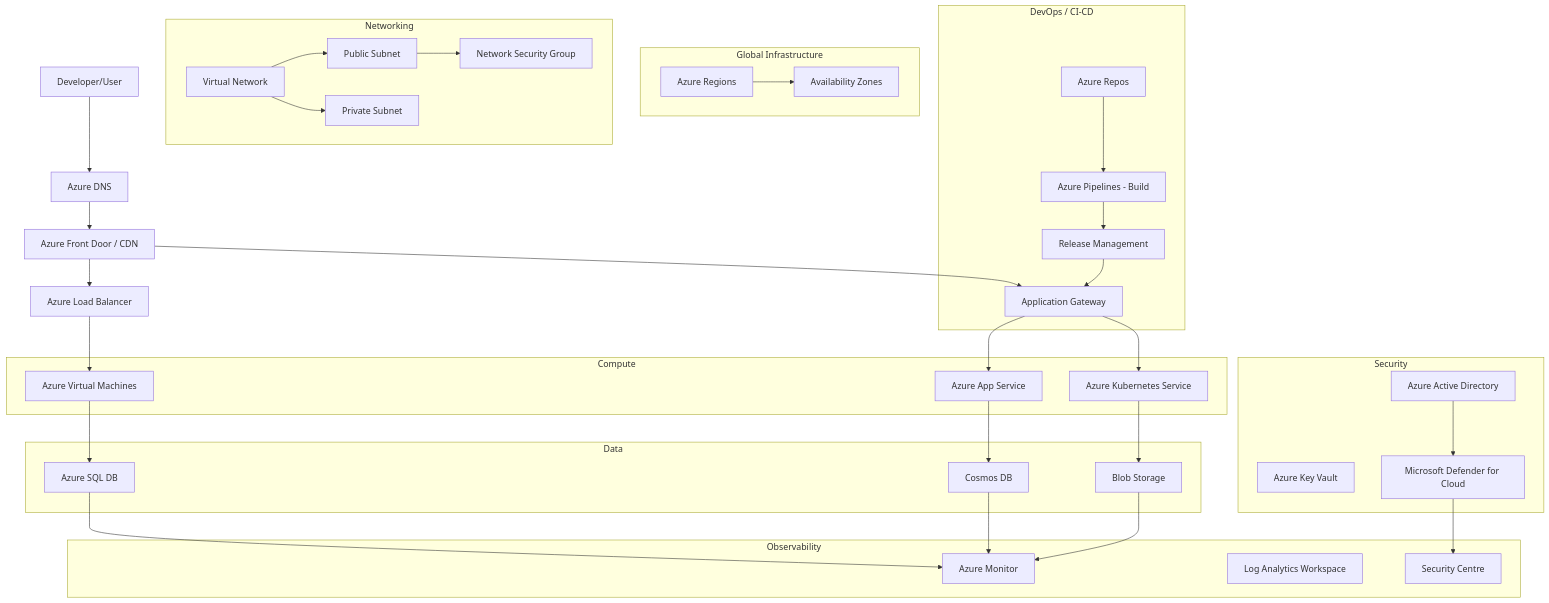
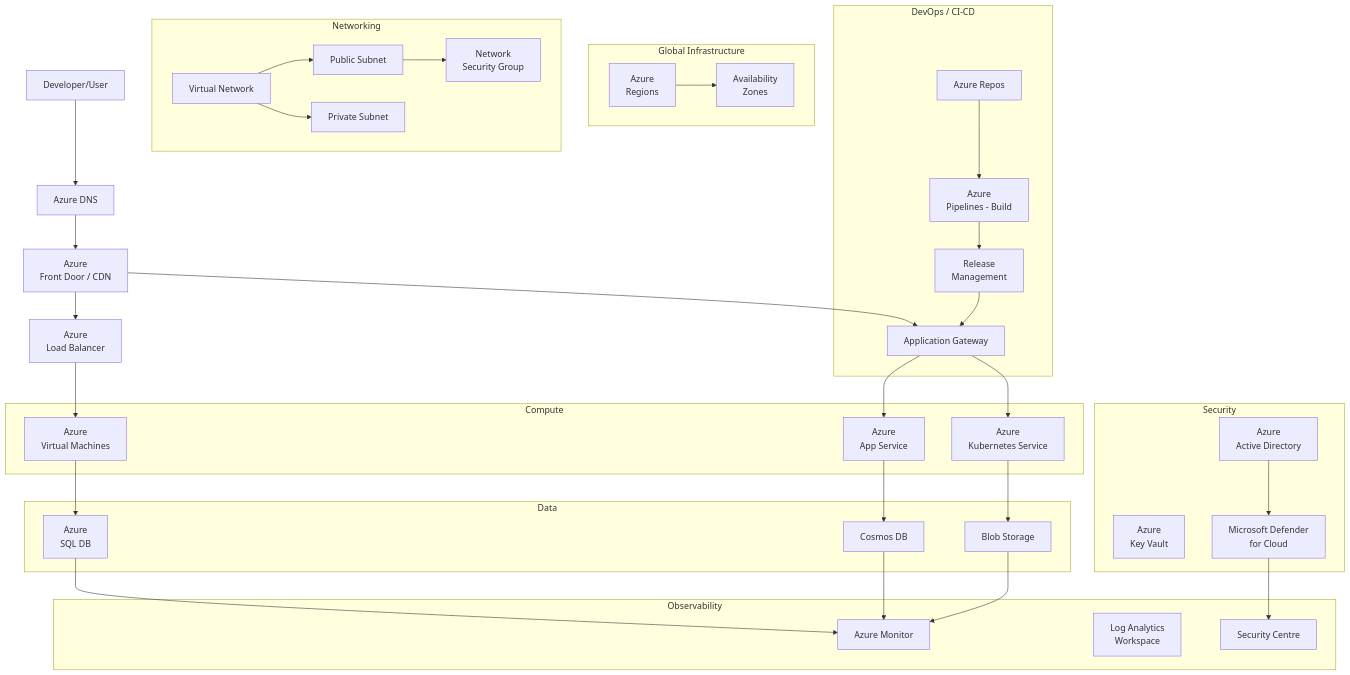
One commit to cassmastern/lers-sandbox changed the third of 3 diagrams in docs/sec_cloud/aws-gcp-azure.md. Above: the diagram before and after it, drawn with Mermaid. The commit also changed 4 other files, not shown here.

Commit message:
Refactored aws-gcp-azure diagram; fixed a few typos

````diff
--- a/docs/sec_cloud/aws-gcp-azure.md
+++ b/docs/sec_cloud/aws-gcp-azure.md
@@ -216,70 +216,70 @@
 ```mermaid
 graph TD
     accTitle: Azure architecture diagram
     accDescr: Azure architecture diagram with global regions and availability zones. User connects via Azure DNS and Front Door CDN to Azure Load Balancer and Application Gateway, routing to compute services: Virtual Machines, App Service PaaS, and Azure Kubernetes Service. Data layer includes Azure SQL Database, Cosmos DB NoSQL, and Blob Storage. DevOps pipeline flows from Azure Repos through Azure Pipelines build system to Release Management. Security provided by Azure Active Directory, Key Vault, and Microsoft Defender for Cloud. Observability through Azure Monitor, Log Analytics Workspace, and Security Centre.
 
     %% GLOBAL INFRASTRUCTURE
     subgraph Global Infrastructure
-        AR1[Azure Regions]:::global --> AR2[Availability Zones]:::global
+        AR1[Azure<br> Regions]:::global --> AR2[Availability<br> Zones]:::global
     end
 
     %% NETWORKING
     subgraph Networking
         VNet[Virtual Network]:::net --> Subnet1[Public Subnet]:::net
         VNet --> Subnet2[Private Subnet]:::net
-        Subnet1 --> NSG[Network Security Group]:::net
+        Subnet1 --> NSG[Network<br> Security Group]:::net
     end
 
     %% ENTRY FLOW
     User[Developer/User] --> AzureDNS[Azure DNS]:::net
-    AzureDNS --> FrontDoor[Azure Front Door / CDN]:::net
-    FrontDoor --> ALB[Azure Load Balancer]:::net
+    AzureDNS --> FrontDoor[Azure<br> Front Door / CDN]:::net
+    FrontDoor --> ALB[Azure<br> Load Balancer]:::net
     FrontDoor --> AppGW[Application Gateway]:::net
 
     %% COMPUTE
     subgraph Compute
-        VMs[Azure Virtual Machines]:::compute
-        AppService[Azure App Service]:::compute
-        AKS[Azure Kubernetes Service]:::compute
+        VMs[Azure<br> Virtual Machines]:::compute
+        AppService[Azure<br> App Service]:::compute
+        AKS[Azure<br> Kubernetes Service]:::compute
     end
     ALB --> VMs
     AppGW --> AppService
     AppGW --> AKS
 
     %% DATABASE / STORAGE
     subgraph Data
-        AzureSQL[Azure SQL DB]:::data
+        AzureSQL[Azure<br> SQL DB]:::data
         CosmosDB[Cosmos DB]:::data
         Blob[Blob Storage]:::data
     end
     VMs --> AzureSQL
     AppService --> CosmosDB
     AKS --> Blob
 
     %% DEVOPS
     subgraph DevOps / CI-CD
-        Repos[Azure Repos]:::devops --> Pipelines[Azure Pipelines - Build]:::devops
-        Pipelines --> Release[Release Management]:::devops
+        Repos[Azure Repos]:::devops --> Pipelines[Azure<br> Pipelines - Build]:::devops
+        Pipelines --> Release[Release<br> Management]:::devops
         Release --> AppGW
     end
 
     %% SECURITY
     subgraph Security
-        AAD[Azure Active Directory]:::sec
-        KeyVault[Azure Key Vault]:::sec
-        Defender[Microsoft Defender for Cloud]:::sec
+        AAD[Azure<br> Active Directory]:::sec
+        KeyVault[Azure<br> Key Vault]:::sec
+        Defender[Microsoft Defender<br> for Cloud]:::sec
     end
 
     %% OBSERVABILITY
     subgraph Observability
         Monitor[Azure Monitor]:::obs
-        LogAnalytics[Log Analytics Workspace]:::obs
+        LogAnalytics[Log Analytics<br> Workspace]:::obs
         SecurityCentre[Security Centre]:::obs
     end
 
     AzureSQL --> Monitor
     CosmosDB --> Monitor
     Blob --> Monitor
     AAD --> Defender
     Defender --> SecurityCentre
 ```
````
